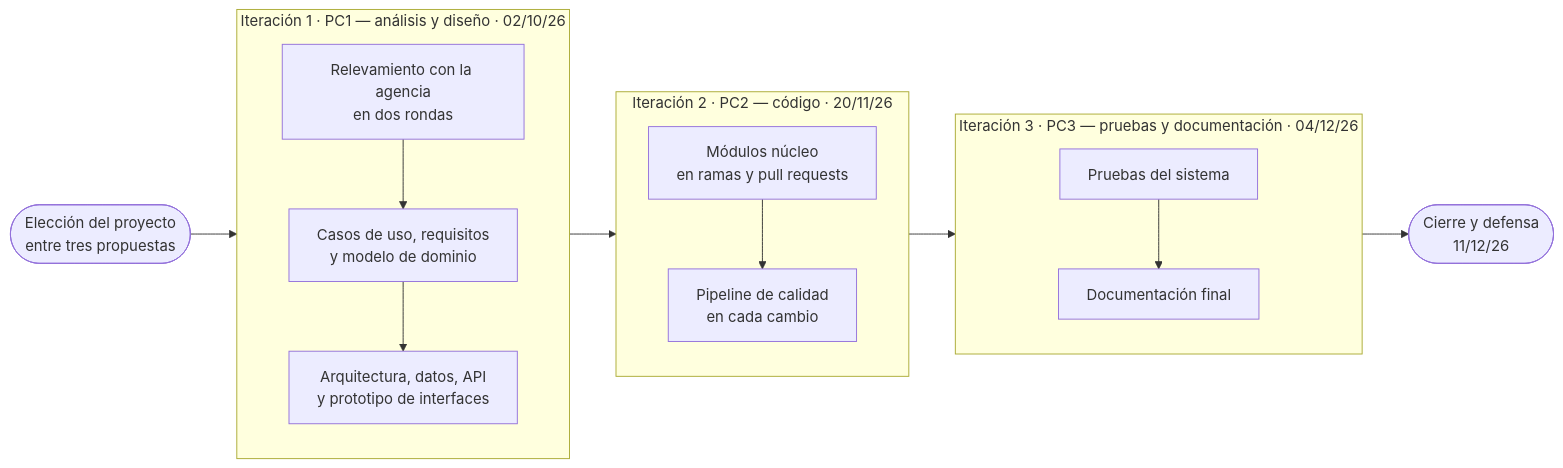
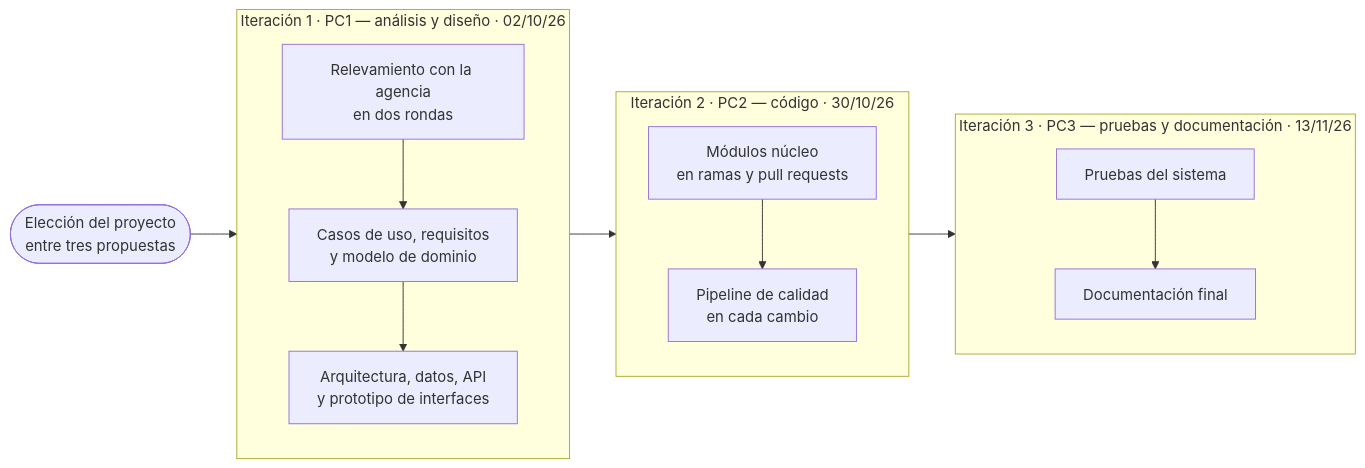
Before and after one commit to FranLuciano04/Vault-Rumbo: the first of 2 diagrams in 05-Diseño/Modelo de desarrollo.md, drawn with Mermaid. The commit also changed 3 other files, not shown here.

Commit message:
PC1: fechas del diagrama de iteraciones (PC2 30/10, PC3 13/11, sin cierre) en la slide 25

````diff
--- a/05-Diseño/Modelo de desarrollo.md
+++ b/05-Diseño/Modelo de desarrollo.md
@@ -21,22 +21,22 @@
 ```mermaid
 flowchart LR
     Prop(["Elección del proyecto<br/>entre tres propuestas"]) --> I1
 
     subgraph I1["Iteración 1 · PC1 — análisis y diseño · 02/10/26"]
       direction TB
       Rel["Relevamiento con la agencia<br/>en dos rondas"] --> Ana["Casos de uso, requisitos<br/>y modelo de dominio"]
       Ana --> Dis["Arquitectura, datos, API<br/>y prototipo de interfaces"]
     end
 
-    subgraph I2["Iteración 2 · PC2 — código · 20/11/26"]
+    subgraph I2["Iteración 2 · PC2 — código · 30/10/26"]
       direction TB
       Cod["Módulos núcleo<br/>en ramas y pull requests"] --> Cal["Pipeline de calidad<br/>en cada cambio"]
     end
 
-    subgraph I3["Iteración 3 · PC3 — pruebas y documentación · 04/12/26"]
+    subgraph I3["Iteración 3 · PC3 — pruebas y documentación · 13/11/26"]
       direction TB
       Pru["Pruebas del sistema"] --> Doc["Documentación final"]
     end
 
-    I1 --> I2 --> I3 --> Def(["Cierre y defensa<br/>11/12/26"])
+    I1 --> I2 --> I3
 ```
````
